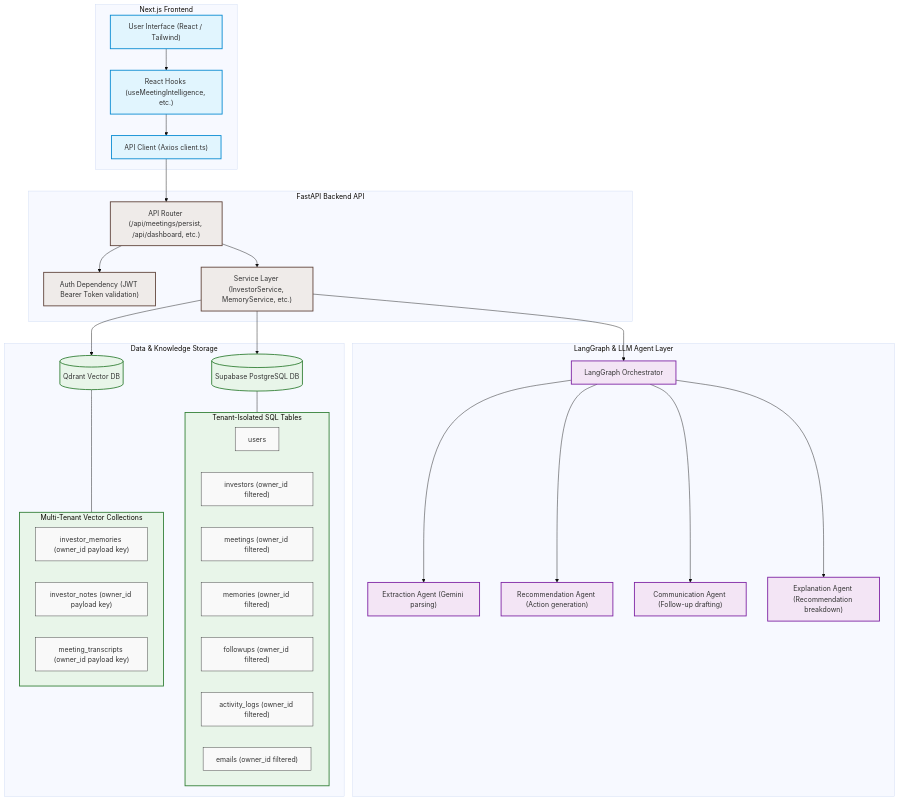
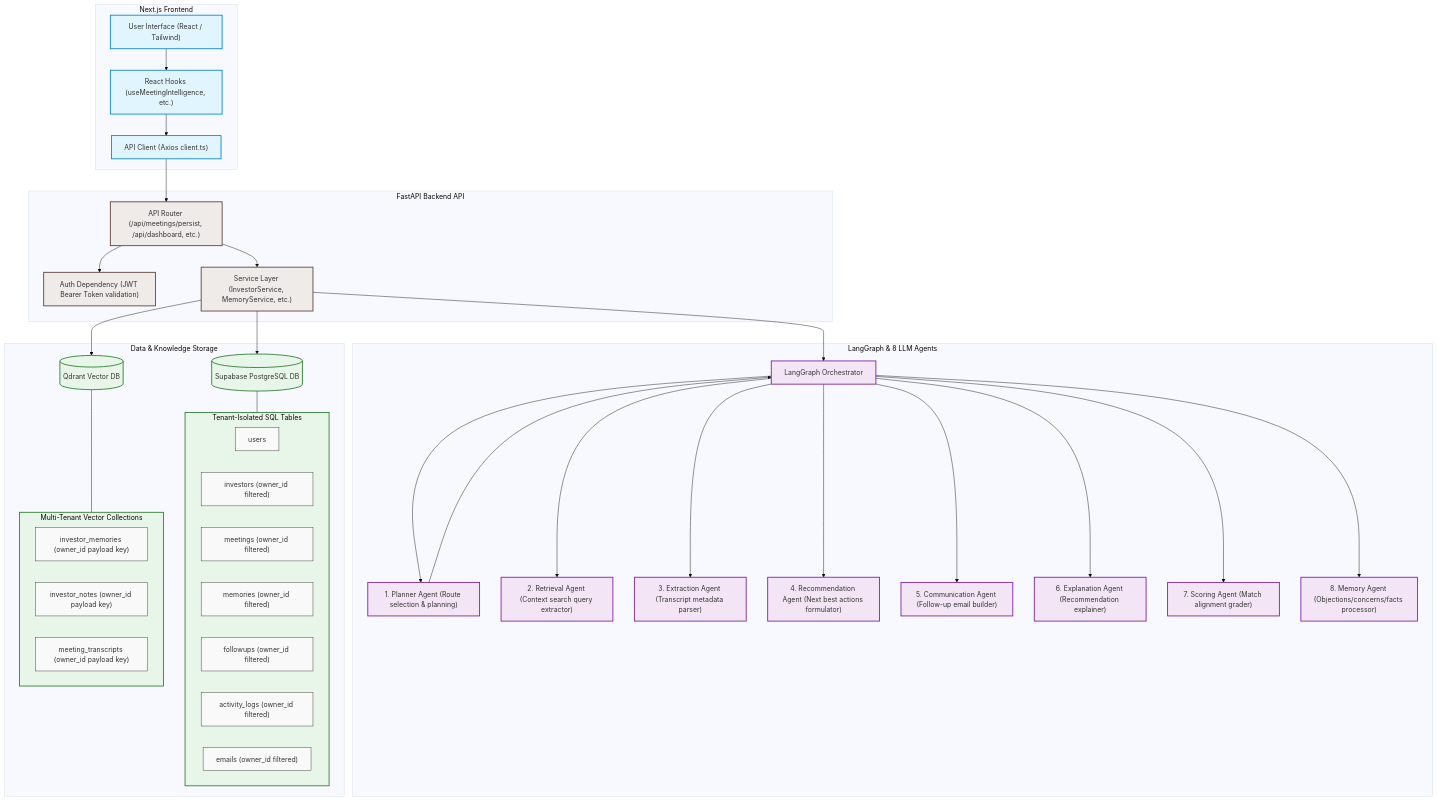
Before and after one commit to SravyaUllamgunta/FounderOS_ai: the diagram in readme.md, drawn with Mermaid (base theme).

Commit message:
docs: update architecture diagram to show all 8 agents including the planner agent

````diff
--- a/readme.md
+++ b/readme.md
@@ -11,72 +11,82 @@
 ```mermaid
 graph TD
     subgraph Frontend ["Next.js Frontend"]
         UI["User Interface (React / Tailwind)"]
         Hooks["React Hooks (useMeetingIntelligence, etc.)"]
         API["API Client (Axios client.ts)"]
         UI --> Hooks
         Hooks --> API
     end
 
     subgraph Backend ["FastAPI Backend API"]
         Router["API Router (/api/meetings/persist, /api/dashboard, etc.)"]
         Auth["Auth Dependency (JWT Bearer Token validation)"]
         Services["Service Layer (InvestorService, MemoryService, etc.)"]
         
         API --> Router
         Router --> Auth
         Router --> Services
     end
 
-    subgraph LLM_Agent_Layer ["LangGraph & LLM Agent Layer"]
+    subgraph LLM_Agent_Layer ["LangGraph & 8 LLM Agents"]
         Graph["LangGraph Orchestrator"]
-        ExtractAgent["Extraction Agent (Gemini parsing)"]
-        RecAgent["Recommendation Agent (Action generation)"]
-        CommAgent["Communication Agent (Follow-up drafting)"]
-        ExplainAgent["Explanation Agent (Recommendation breakdown)"]
+        PlannerAgent["1. Planner Agent (Route selection & planning)"]
+        RetrievalAgent["2. Retrieval Agent (Context search query extractor)"]
+        ExtractAgent["3. Extraction Agent (Transcript metadata parser)"]
+        RecAgent["4. Recommendation Agent (Next best actions formulator)"]
+        CommAgent["5. Communication Agent (Follow-up email builder)"]
+        ExplainAgent["6. Explanation Agent (Recommendation explainer)"]
+        ScoringAgent["7. Scoring Agent (Match alignment grader)"]
+        MemoryAgent["8. Memory Agent (Objections/concerns/facts processor)"]
         
         Services --> Graph
+        Graph --> PlannerAgent
+        PlannerAgent --> Graph
+        
+        Graph --> RetrievalAgent
         Graph --> ExtractAgent
         Graph --> RecAgent
         Graph --> CommAgent
         Graph --> ExplainAgent
+        Graph --> ScoringAgent
+        Graph --> MemoryAgent
     end
 
     subgraph Data_Storage ["Data & Knowledge Storage"]
         PostgreSQL[("Supabase PostgreSQL DB")]
         Qdrant[("Qdrant Vector DB")]
         
         Services --> PostgreSQL
         Services --> Qdrant
         
         subgraph SQL_Tables ["Tenant-Isolated SQL Tables"]
             Users["users"]
             Investors["investors (owner_id filtered)"]
             Meetings["meetings (owner_id filtered)"]
             Memories["memories (owner_id filtered)"]
             Followups["followups (owner_id filtered)"]
             ActivityLogs["activity_logs (owner_id filtered)"]
             Emails["emails (owner_id filtered)"]
         end
         
         subgraph Vector_Collections ["Multi-Tenant Vector Collections"]
             MemoriesColl["investor_memories (owner_id payload key)"]
             NotesColl["investor_notes (owner_id payload key)"]
             TranscriptsColl["meeting_transcripts (owner_id payload key)"]
         end
         
         PostgreSQL --- SQL_Tables
         Qdrant --- Vector_Collections
     end
 
     classDef default fill:#f9f9f9,stroke:#333,stroke-width:1px;
     classDef primary fill:#e1f5fe,stroke:#0288d1,stroke-width:2px;
     classDef secondary fill:#efebe9,stroke:#5d4037,stroke-width:2px;
     classDef storage fill:#e8f5e9,stroke:#2e7d32,stroke-width:2px;
     classDef agent fill:#f3e5f5,stroke:#7b1fa2,stroke-width:2px;
     
     class UI,Hooks,API primary;
     class Router,Auth,Services secondary;
-    class Graph,ExtractAgent,RecAgent,CommAgent,ExplainAgent agent;
+    class Graph,PlannerAgent,RetrievalAgent,ExtractAgent,RecAgent,CommAgent,ExplainAgent,ScoringAgent,MemoryAgent agent;
     class PostgreSQL,Qdrant,SQL_Tables,Vector_Collections storage;
 ```
````
